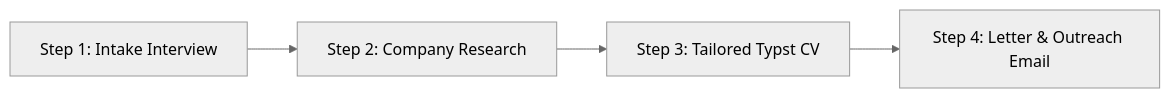
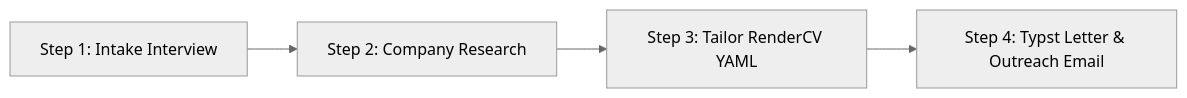
Before and after one commit to Abdssamie/pfe-resume-toolkit: the diagram in AGENTS.md, drawn with Mermaid (neutral theme). The commit also changed other lines of this file and 5 other files, not shown here.

Commit message:
Refactor toolkit: RenderCV Python YAML for resumes, Typst for motivation letters

````diff
--- a/AGENTS.md
+++ b/AGENTS.md
@@ -31,6 +43,6 @@
 ```mermaid
 flowchart LR
     A[Step 1: Intake Interview] --> B[Step 2: Company Research]
-    B --> C[Step 3: Tailored Typst CV]
-    C --> D[Step 4: Letter & Outreach Email]
+    B --> C[Step 3: Tailor RenderCV YAML]
+    C --> D[Step 4: Typst Letter & Outreach Email]
 ```
````
